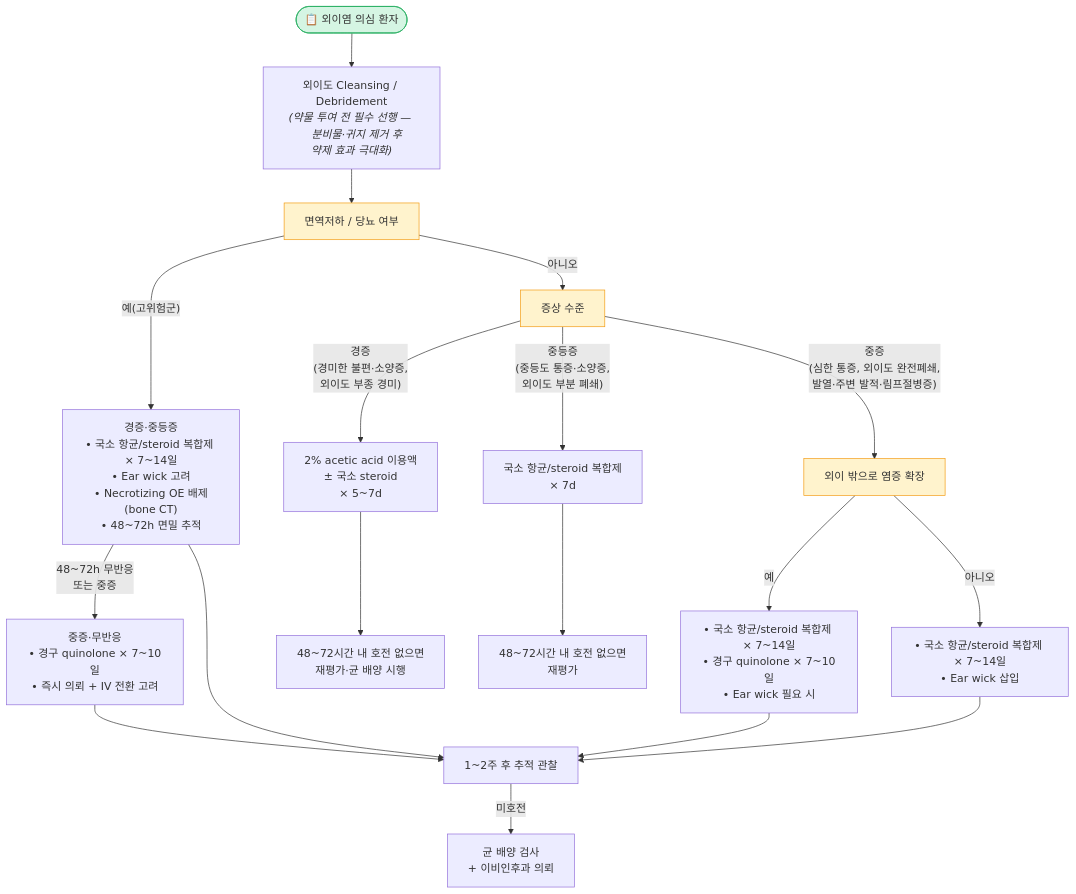
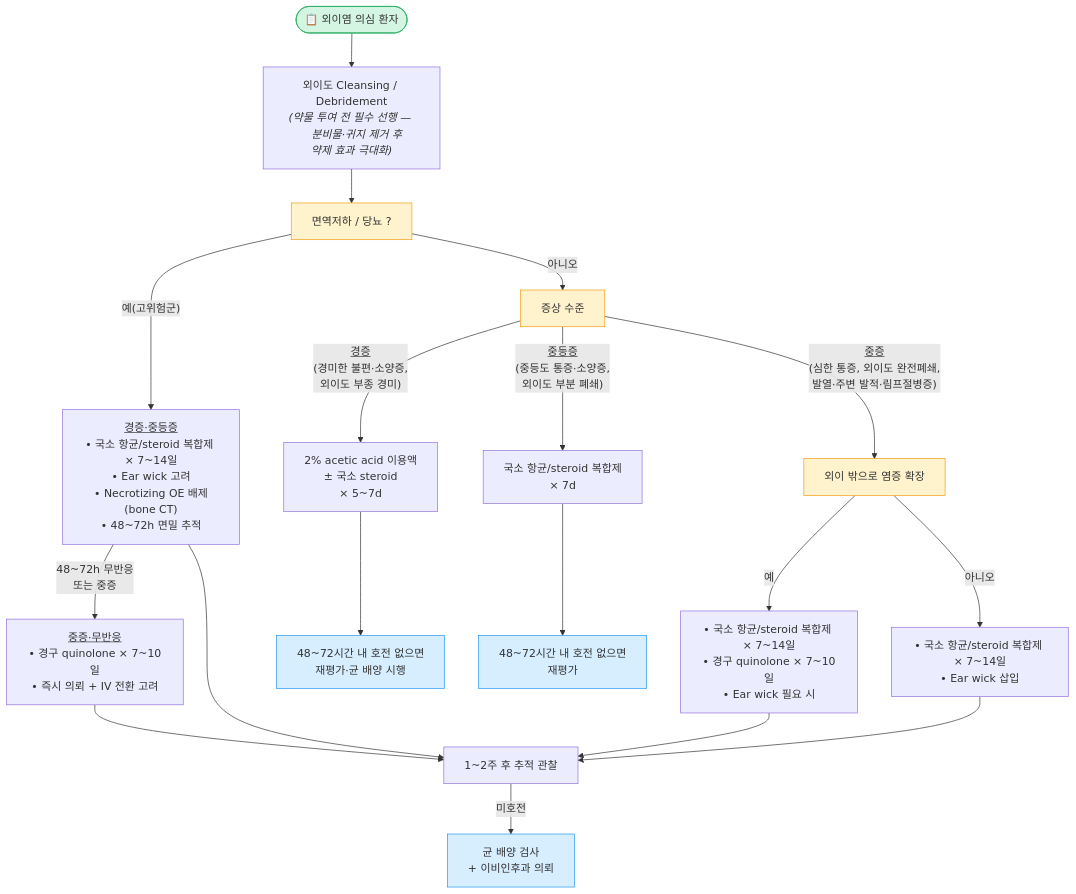
The second of 2 diagrams in 222_/047_-otitis-externa.md (familyoh77/familyoh77), drawn with Mermaid before and after one commit. The commit also changed other lines of this file, not shown here.

````diff
--- a/222_/047_-otitis-externa.md
+++ b/222_/047_-otitis-externa.md
@@ -249,32 +250,34 @@
 ```mermaid
 graph TD
     START(["📋 외이염 의심 환자"]) --> CLEAN["외이도 Cleansing / Debridement<br/><i>(약물 투여 전 필수 선행 — 
     분비물·귀지 제거 후 <br/>약제 효과 극대화)</i>"]
     CLEAN --> A
 
-    A[면역저하 / 당뇨 여부] -- "예(고위험군)" --> B1["경증·중등증<br/>• 국소 항균/steroid 복합제 × 7~14일<br/>• Ear wick 고려<br/>• Necrotizing OE 배제(bone CT)<br/>• 48~72h 면밀 추적"]
-    B1 -- "48~72h 무반응<br/>또는 중증" --> B2["중증·무반응<br/>• 경구 quinolone × 7~10일<br/>• 즉시 의뢰 + IV 전환 고려"]
+    A[면역저하 / 당뇨 ?] -- "예(고위험군)" --> B1["<u>경증·중등증</u><br/>• 국소 항균/steroid 복합제 × 7~14일<br/>• Ear wick 고려<br/>• Necrotizing OE 배제(bone CT)<br/>• 48~72h 면밀 추적"]
+    B1 -- "48~72h 무반응<br/>또는 중증" --> B2["<u>중증·무반응</u><br/>• 경구 quinolone × 7~10일<br/>• 즉시 의뢰 + IV 전환 고려"]
     
     A -- "아니오" --> C[증상 수준]
 
-    C -- "경증<br/>(경미한 불편·소양증,<br/>외이도 부종 경미)" --> D["2% acetic acid 이용액<br/>± 국소 steroid<br/>× 5~7d"]
+    C -- "<u>경증</u><br/>(경미한 불편·소양증,<br/>외이도 부종 경미)" --> D["2% acetic acid 이용액<br/>± 국소 steroid<br/>× 5~7d"]
     
-    C -- "중등증<br/>(중등도 통증·소양증,<br/>외이도 부분 폐쇄)" --> E["국소 항균/steroid 복합제<br/>× 7d"]
+    C -- "<u>중등증</u><br/>(중등도 통증·소양증,<br/>외이도 부분 폐쇄)" --> E["국소 항균/steroid 복합제<br/>× 7d"]
     
-    C -- "중증<br/>(심한 통증, 외이도 완전폐쇄,<br/>발열·주변 발적·림프절병증)" --> F[외이 밖으로 염증 확장]
+    C -- "<u>중증</u><br/>(심한 통증, 외이도 완전폐쇄,<br/>발열·주변 발적·림프절병증)" --> F[외이 밖으로 염증 확장]
     
     F -- "예" --> G["• 국소 항균/steroid 복합제 × 7~14일<br/>• 경구 quinolone × 7~10일<br/>• Ear wick 필요 시"]
     F -- "아니오" --> H["• 국소 항균/steroid 복합제 × 7~14일<br/>• Ear wick 삽입"]
 
     D --> I["48~72시간 내 호전 없으면<br/>재평가·균 배양 시행"]
     E --> J["48~72시간 내 호전 없으면<br/>재평가"]
     B2 --> K["1~2주 후 추적 관찰"]
     B1 --> K
     G --> K
     H --> K
     K -- "미호전" --> REF["균 배양 검사<br/>+ 이비인후과 의뢰"]
     
         style START fill:#d5f5e3,stroke:#27ae60
         classDef yellow fill:#fff3cd,stroke:#f39c12
         class A,C,F yellow
+        classDef sky    fill:#d6eeff,stroke:#2196f3
+        class REF,I,J sky
 ```
````
